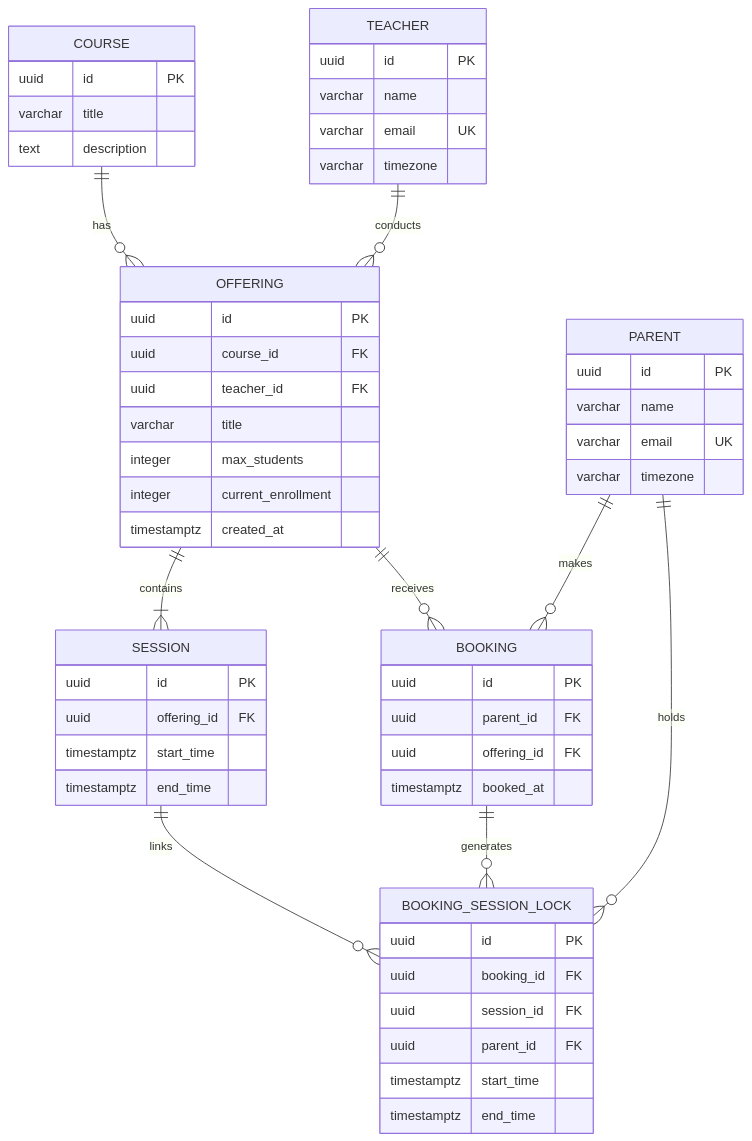
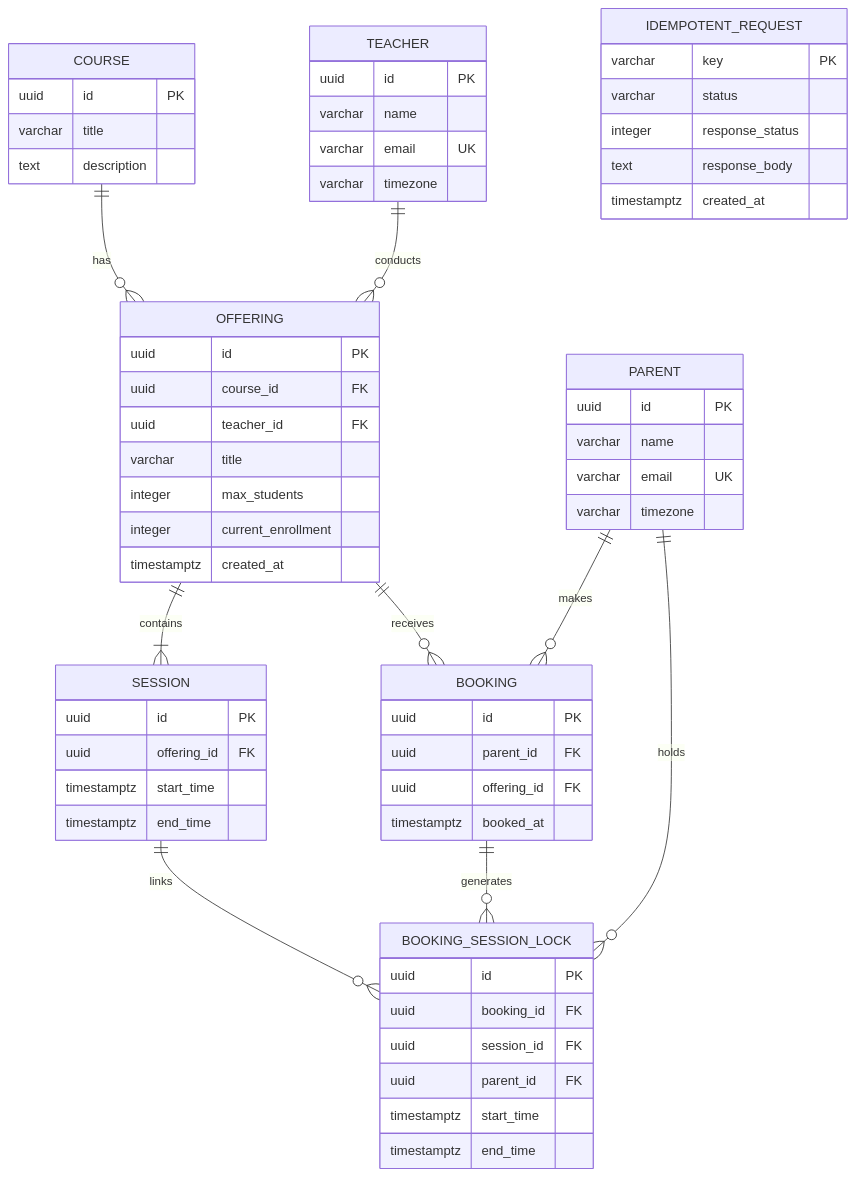
The first of 4 diagrams in README.md (RAJAY04/undoschool-backend-assessment), drawn with Mermaid before and after one commit. The commit also changed other lines of this file and 1 other file, not shown here.

````diff
--- a/README.md
+++ b/README.md
@@ -55,58 +70,65 @@
 ```mermaid
 erDiagram
     COURSE ||--o{ OFFERING : has
     TEACHER ||--o{ OFFERING : conducts
     OFFERING ||--|{ SESSION : contains
     OFFERING ||--o{ BOOKING : receives
     PARENT ||--o{ BOOKING : makes
     PARENT ||--o{ BOOKING_SESSION_LOCK : holds
     BOOKING ||--o{ BOOKING_SESSION_LOCK : generates
     SESSION ||--o{ BOOKING_SESSION_LOCK : links
 
     COURSE {
         uuid id PK
         varchar title
         text description
     }
     TEACHER {
         uuid id PK
         varchar name
         varchar email UK
         varchar timezone
     }
     PARENT {
         uuid id PK
         varchar name
         varchar email UK
         varchar timezone
     }
     OFFERING {
         uuid id PK
         uuid course_id FK
         uuid teacher_id FK
         varchar title
         integer max_students
         integer current_enrollment
         timestamptz created_at
     }
     SESSION {
         uuid id PK
         uuid offering_id FK
         timestamptz start_time
         timestamptz end_time
     }
     BOOKING {
         uuid id PK
         uuid parent_id FK
         uuid offering_id FK
         timestamptz booked_at
     }
     BOOKING_SESSION_LOCK {
         uuid id PK
         uuid booking_id FK
         uuid session_id FK
         uuid parent_id FK
         timestamptz start_time
         timestamptz end_time
     }
+    IDEMPOTENT_REQUEST {
+        varchar key PK
+        varchar status
+        integer response_status
+        text response_body
+        timestamptz created_at
+    }
 ```
````
